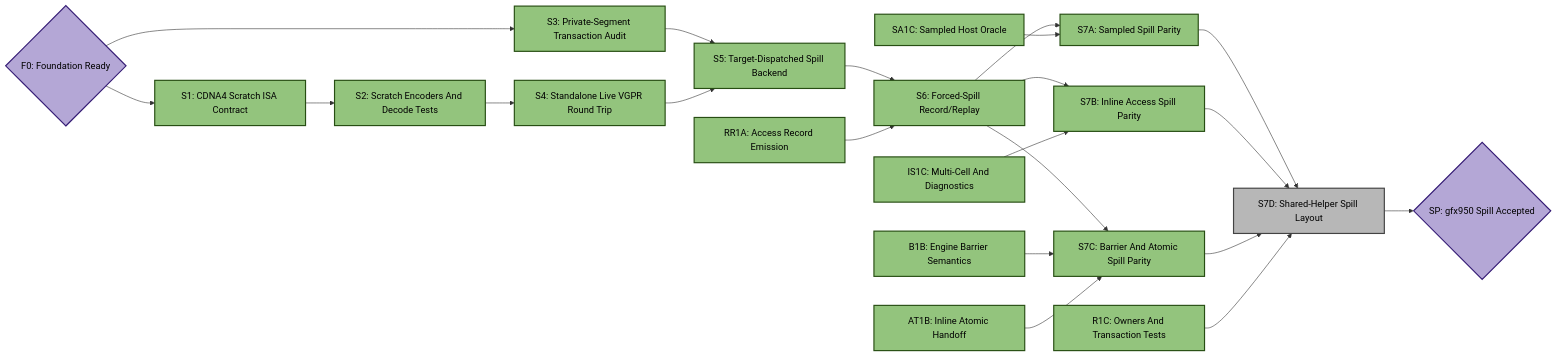
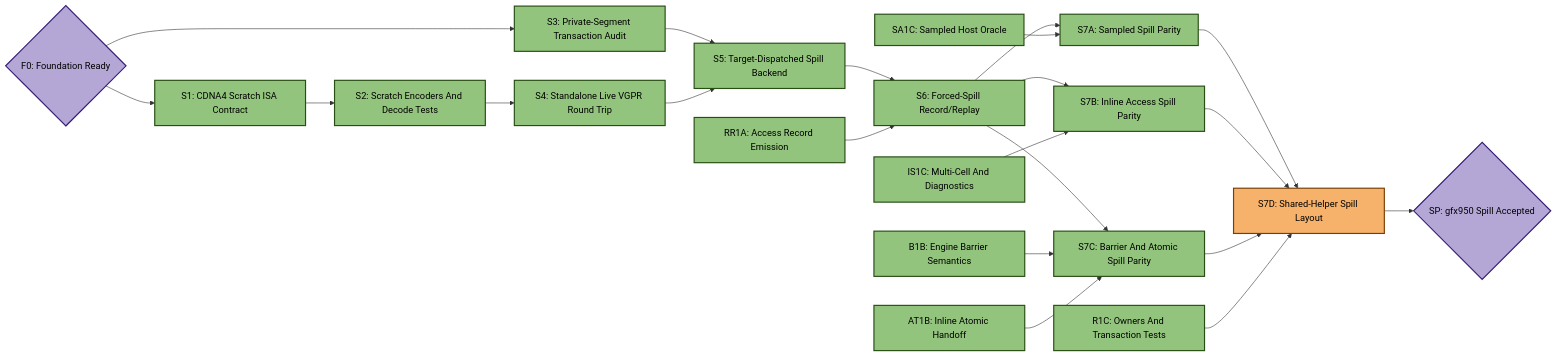
One commit to ROCm/rocm-systems changed the third of 5 diagrams in emulation/rocjitsu/docs/consan/PLAN_GFX950.md. Above: the diagram before and after it, drawn with Mermaid. The commit also changed other lines of this file and 1 other file, not shown here.

Commit message:
rocjitsu: test gfx950 shared-helper spill layouts

````diff
--- a/emulation/rocjitsu/docs/consan/PLAN_GFX950.md
+++ b/emulation/rocjitsu/docs/consan/PLAN_GFX950.md
@@ -331,47 +331,47 @@
 ```mermaid
 flowchart LR
   F0{"F0: Foundation Ready"}:::target
   S1["S1: CDNA4 Scratch ISA Contract"]:::done
   S2["S2: Scratch Encoders And Decode Tests"]:::done
   S3["S3: Private-Segment Transaction Audit"]:::done
   S4["S4: Standalone Live VGPR Round Trip"]:::done
   S5["S5: Target-Dispatched Spill Backend"]:::done
   RR1A["RR1A: Access Record Emission"]:::done
   S6["S6: Forced-Spill Record/Replay"]:::done
   SA1C["SA1C: Sampled Host Oracle"]:::done
   IS1C["IS1C: Multi-Cell And Diagnostics"]:::done
   B1B["B1B: Engine Barrier Semantics"]:::done
   AT1B["AT1B: Inline Atomic Handoff"]:::done
   R1C["R1C: Owners And Transaction Tests"]:::done
   S7A["S7A: Sampled Spill Parity"]:::done
   S7B["S7B: Inline Access Spill Parity"]:::done
   S7C["S7C: Barrier And Atomic Spill Parity"]:::done
-  S7D["S7D: Shared-Helper Spill Layout"]:::todo
+  S7D["S7D: Shared-Helper Spill Layout"]:::active
   SP{"SP: gfx950 Spill Accepted"}:::target
 
   F0 --> S1
   F0 --> S3
   S1 --> S2
   S2 --> S4
   S3 --> S5
   S4 --> S5
   S5 --> S6
   RR1A --> S6
   S6 --> S7A
   SA1C --> S7A
   S6 --> S7B
   IS1C --> S7B
   S6 --> S7C
   B1B --> S7C
   AT1B --> S7C
   S7A --> S7D
   S7B --> S7D
   S7C --> S7D
   R1C --> S7D
   S7D --> SP
 
   classDef done fill:#93c47d,stroke:#274e13,stroke-width:2px,color:#000;
   classDef active fill:#f6b26b,stroke:#783f04,stroke-width:2px,color:#000;
   classDef todo fill:#b7b7b7,stroke:#434343,stroke-width:2px,color:#000;
   classDef target fill:#b4a7d6,stroke:#351c75,stroke-width:2px,color:#000;
 ```
````
